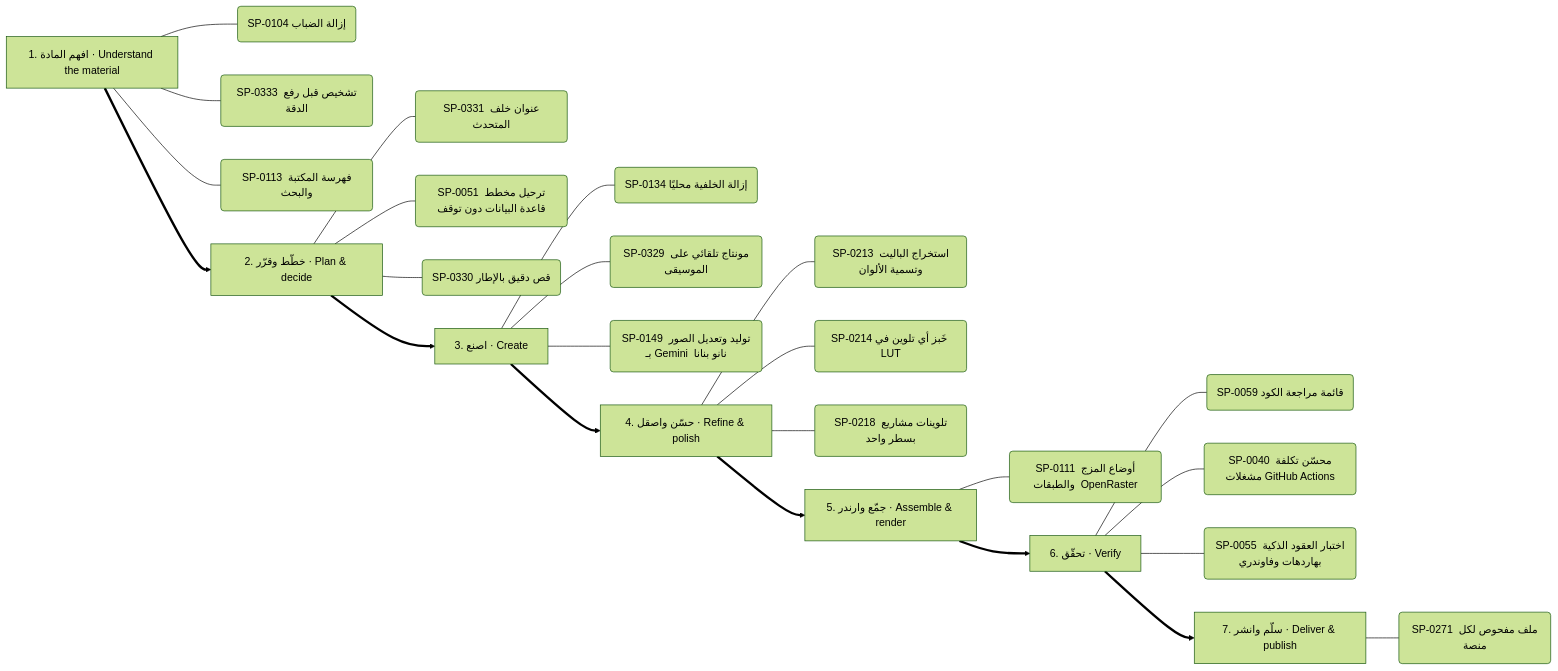
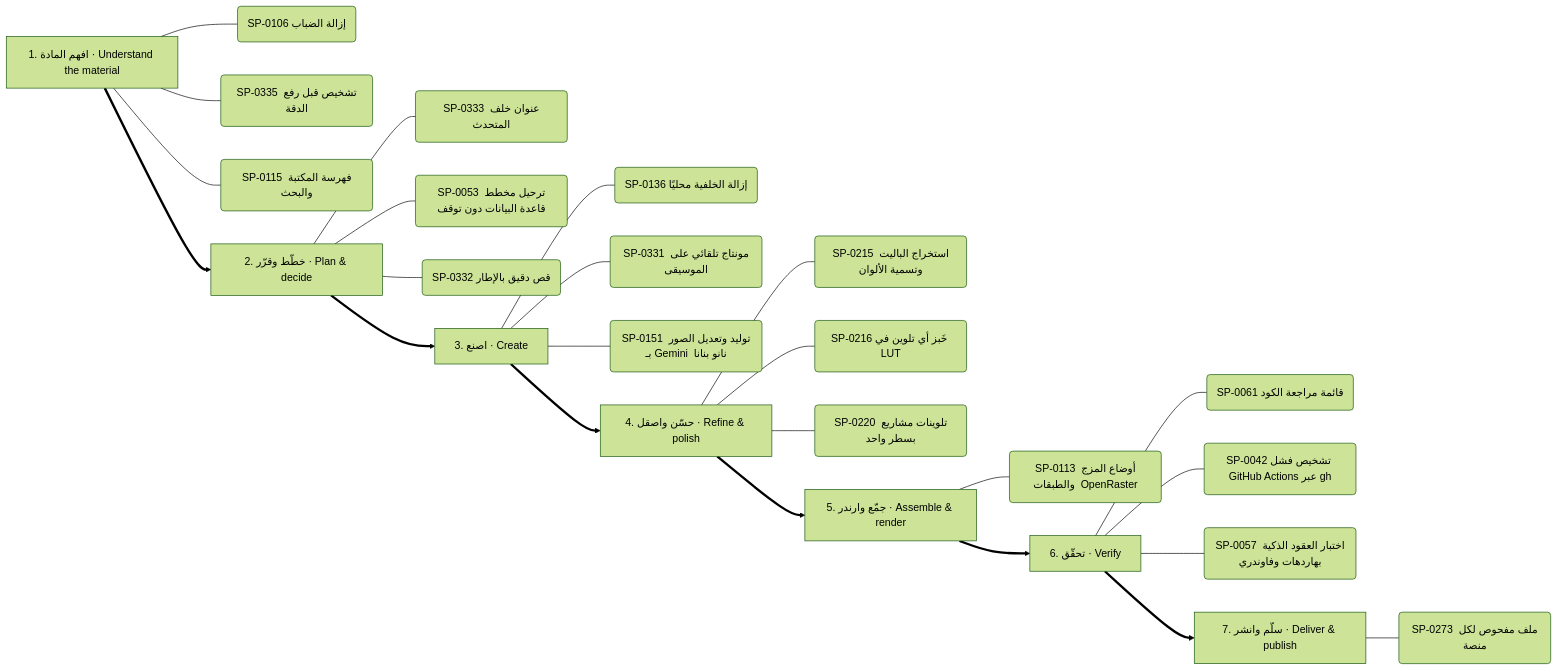
Before and after one commit to kosif199022-jpg/kosif-tool: the seventh of 13 diagrams in .claude/skills/kosif-superpowers/references/capability-mindmap.md, drawn with Mermaid (forest theme). The commit also changed other lines of this file and 65 other files, not shown here.

First line of the commit message:
Prompt lab, GitHub top-1000 review and protocol appendix A33

````diff
--- a/.claude/skills/kosif-superpowers/references/capability-mindmap.md
+++ b/.claude/skills/kosif-superpowers/references/capability-mindmap.md
@@ -361,33 +361,33 @@
 ```mermaid
 flowchart LR
   S0["1. افهم المادة · Understand the material"]
-  S0 --- S0_0("SP-0104 إزالة الضباب")
-  S0 --- S0_1("SP-0333 تشخيص قبل رفع الدقة")
-  S0 --- S0_2("SP-0113 فهرسة المكتبة والبحث")
+  S0 --- S0_0("SP-0106 إزالة الضباب")
+  S0 --- S0_1("SP-0335 تشخيص قبل رفع الدقة")
+  S0 --- S0_2("SP-0115 فهرسة المكتبة والبحث")
   S1["2. خطّط وقرّر · Plan & decide"]
-  S1 --- S1_0("SP-0331 عنوان خلف المتحدث")
-  S1 --- S1_1("SP-0051 ترحيل مخطط قاعدة البيانات دون توقف")
-  S1 --- S1_2("SP-0330 قص دقيق بالإطار")
+  S1 --- S1_0("SP-0333 عنوان خلف المتحدث")
+  S1 --- S1_1("SP-0053 ترحيل مخطط قاعدة البيانات دون توقف")
+  S1 --- S1_2("SP-0332 قص دقيق بالإطار")
   S0 ==> S1
   S2["3. اصنع · Create"]
-  S2 --- S2_0("SP-0134 إزالة الخلفية محليًا")
-  S2 --- S2_1("SP-0329 مونتاج تلقائي على الموسيقى")
-  S2 --- S2_2("SP-0149 توليد وتعديل الصور بـ Gemini  نانو بنانا ")
+  S2 --- S2_0("SP-0136 إزالة الخلفية محليًا")
+  S2 --- S2_1("SP-0331 مونتاج تلقائي على الموسيقى")
+  S2 --- S2_2("SP-0151 توليد وتعديل الصور بـ Gemini  نانو بنانا ")
   S1 ==> S2
   S3["4. حسّن واصقل · Refine & polish"]
-  S3 --- S3_0("SP-0213 استخراج الباليت وتسمية الألوان")
-  S3 --- S3_1("SP-0214 خَبز أي تلوين في LUT")
-  S3 --- S3_2("SP-0218 تلوينات مشاريع بسطر واحد")
+  S3 --- S3_0("SP-0215 استخراج الباليت وتسمية الألوان")
+  S3 --- S3_1("SP-0216 خَبز أي تلوين في LUT")
+  S3 --- S3_2("SP-0220 تلوينات مشاريع بسطر واحد")
   S2 ==> S3
   S4["5. جمّع وارندر · Assemble & render"]
-  S4 --- S4_0("SP-0111 أوضاع المزج والطبقات  OpenRaster ")
+  S4 --- S4_0("SP-0113 أوضاع المزج والطبقات  OpenRaster ")
   S3 ==> S4
   S5["6. تحقّق · Verify"]
-  S5 --- S5_0("SP-0059 قائمة مراجعة الكود")
-  S5 --- S5_1("SP-0040 محسّن تكلفة مشغلات GitHub Actions")
-  S5 --- S5_2("SP-0055 اختبار العقود الذكية بهاردهات وفاوندري")
+  S5 --- S5_0("SP-0061 قائمة مراجعة الكود")
+  S5 --- S5_1("SP-0042 تشخيص فشل GitHub Actions عبر gh")
+  S5 --- S5_2("SP-0057 اختبار العقود الذكية بهاردهات وفاوندري")
   S4 ==> S5
   S6["7. سلّم وانشر · Deliver & publish"]
-  S6 --- S6_0("SP-0271 ملف مفحوص لكل منصة")
+  S6 --- S6_0("SP-0273 ملف مفحوص لكل منصة")
   S5 ==> S6
 ```
````
